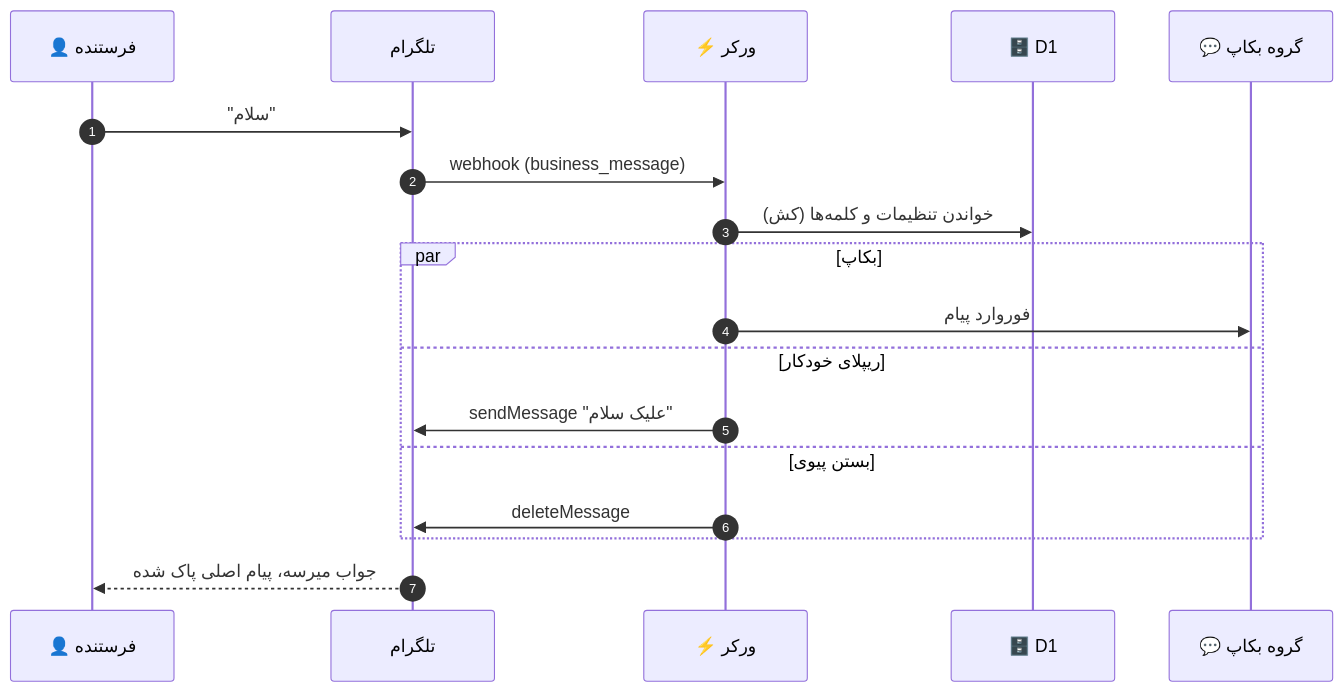
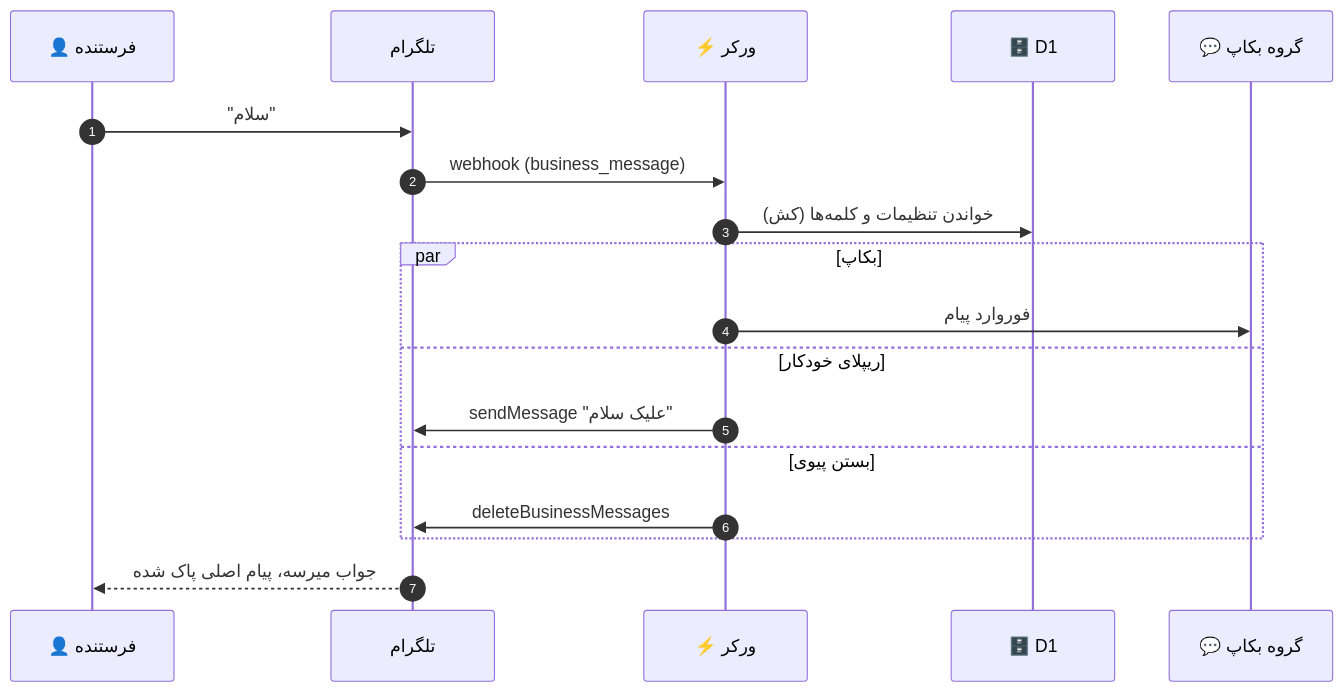
Before and after one commit to imhamiddev/Telegram-account-manager: the third of 6 diagrams in README.fa.md, drawn with Mermaid. The commit also changed 2 other files, not shown here.

Commit message:
fix: delete incoming business messages with deleteBusinessMessages (Close DM + spam filter)

````diff
--- a/README.fa.md
+++ b/README.fa.md
@@ -147,21 +147,21 @@
 ```mermaid
 sequenceDiagram
     autonumber
     participant S as 👤 فرستنده
     participant T as تلگرام
     participant W as ⚡ ورکر
     participant D as 🗄️ D1
     participant G as 💬 گروه بکاپ
 
     S->>T: "سلام"
     T->>W: webhook (business_message)
     W->>D: خواندن تنظیمات و کلمه‌ها (کش)
     par بکاپ
         W->>G: فوروارد پیام
     and ریپلای خودکار
         W->>T: sendMessage "علیک سلام"
     and بستن پیوی
-        W->>T: deleteMessage
+        W->>T: deleteBusinessMessages
     end
     T-->>S: جواب میرسه، پیام اصلی پاک شده
 ```
````
